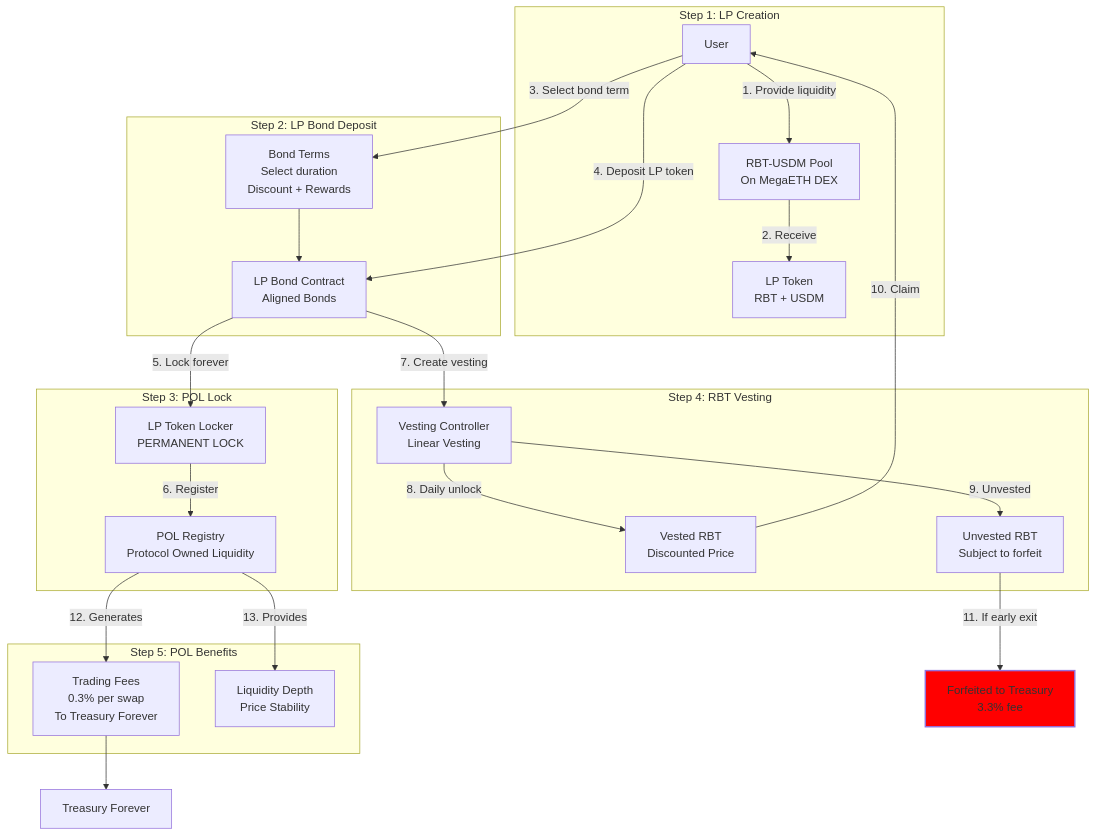
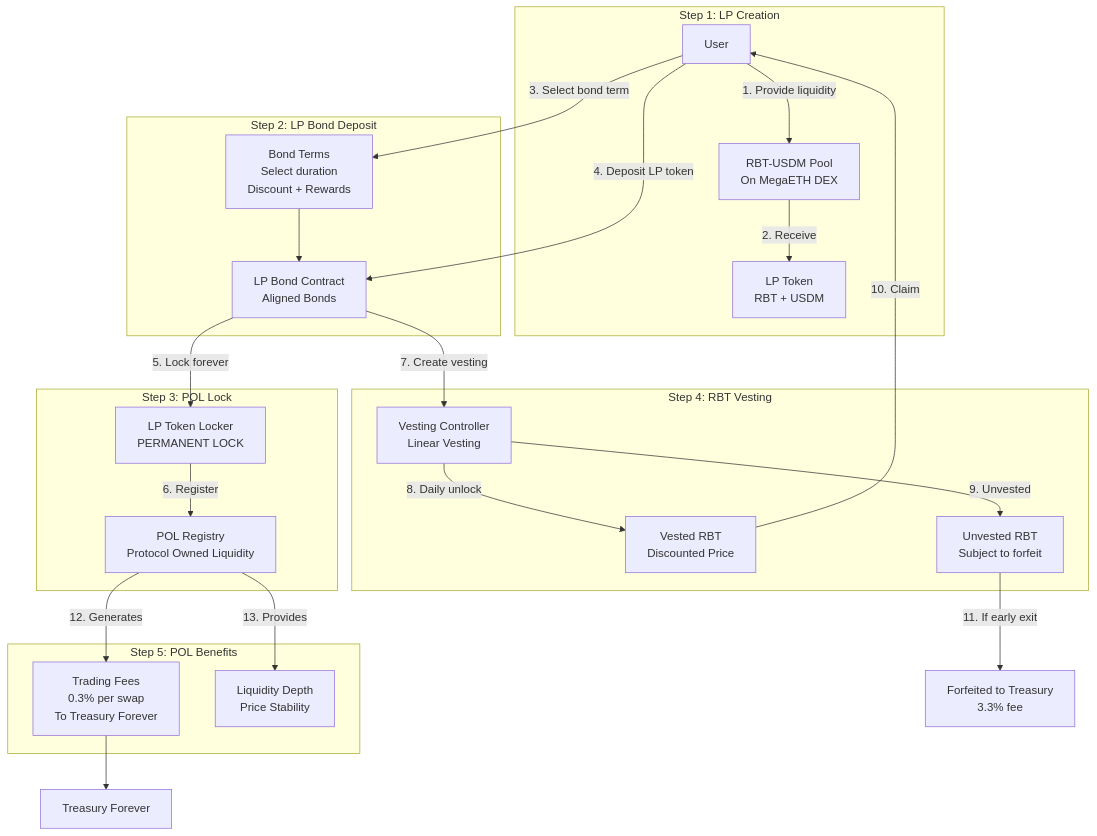
The third of 7 diagrams in blackhaven-architecture-diagrams.md (0xJaehaerys/ohmega), drawn with Mermaid before and after one commit. The commit also changed other lines of this file, not shown here.

Commit message:
Fix architecture diagrams: remove colors and invalid Note over syntax

````diff
--- a/blackhaven-architecture-diagrams.md
+++ b/blackhaven-architecture-diagrams.md
@@ -165,51 +165,49 @@
 ```mermaid
 graph TB
     subgraph "Step 1: LP Creation"
         USER[User]
         DEX_POOL[RBT-USDM Pool<br/>On MegaETH DEX]
         LP_TOKEN[LP Token<br/>RBT + USDM]
     end
     
     subgraph "Step 2: LP Bond Deposit"
         LP_BOND_CONTRACT[LP Bond Contract<br/>Aligned Bonds]
         BOND_TERMS[Bond Terms<br/>Select duration<br/>Discount + Rewards]
     end
     
     subgraph "Step 3: POL Lock"
         LP_LOCKER[LP Token Locker<br/>PERMANENT LOCK]
         POL_REGISTRY[POL Registry<br/>Protocol Owned Liquidity]
     end
     
     subgraph "Step 4: RBT Vesting"
         VESTING_CONTROLLER[Vesting Controller<br/>Linear Vesting]
         VESTED_RBT[Vested RBT<br/>Discounted Price]
         UNVESTED_RBT[Unvested RBT<br/>Subject to forfeit]
     end
     
     subgraph "Step 5: POL Benefits"
         TRADING_FEES[Trading Fees<br/>0.3% per swap<br/>To Treasury Forever]
         LIQUIDITY_DEPTH[Liquidity Depth<br/>Price Stability]
     end
     
     USER -->|1. Provide liquidity| DEX_POOL
     DEX_POOL -->|2. Receive| LP_TOKEN
     USER -->|3. Select bond term| BOND_TERMS
     USER -->|4. Deposit LP token| LP_BOND_CONTRACT
     BOND_TERMS --> LP_BOND_CONTRACT
     
     LP_BOND_CONTRACT -->|5. Lock forever| LP_LOCKER
     LP_LOCKER -->|6. Register| POL_REGISTRY
     
     LP_BOND_CONTRACT -->|7. Create vesting| VESTING_CONTROLLER
     VESTING_CONTROLLER -->|8. Daily unlock| VESTED_RBT
     VESTING_CONTROLLER -->|9. Unvested| UNVESTED_RBT
     
     VESTED_RBT -->|10. Claim| USER
     UNVESTED_RBT -->|11. If early exit| FORFEIT[Forfeited to Treasury<br/>3.3% fee]
     
     POL_REGISTRY -->|12. Generates| TRADING_FEES
     POL_REGISTRY -->|13. Provides| LIQUIDITY_DEPTH
     TRADING_FEES --> TREASURY[Treasury Forever]
-    
-    style FORFEIT fill:#f00,stroke-width:2px
 ```
````
